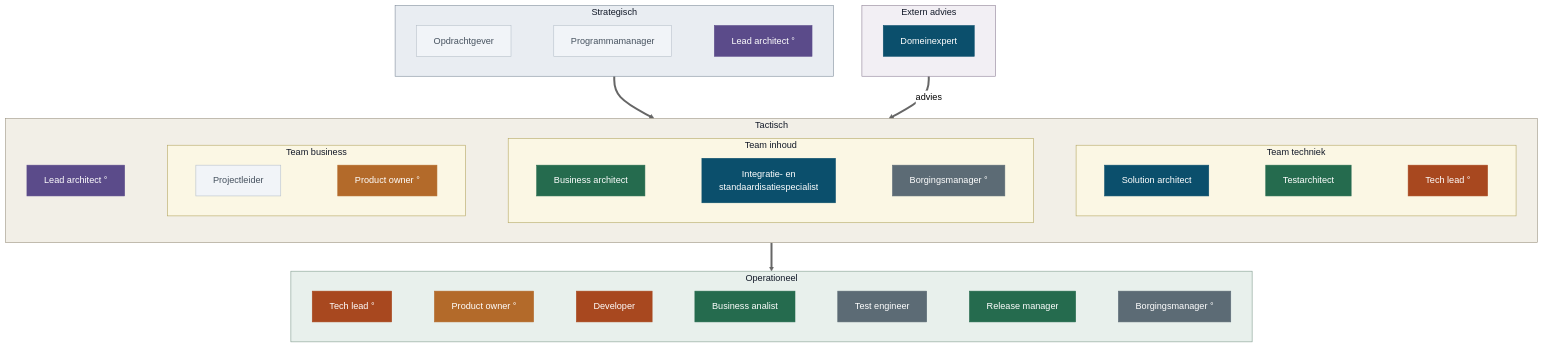
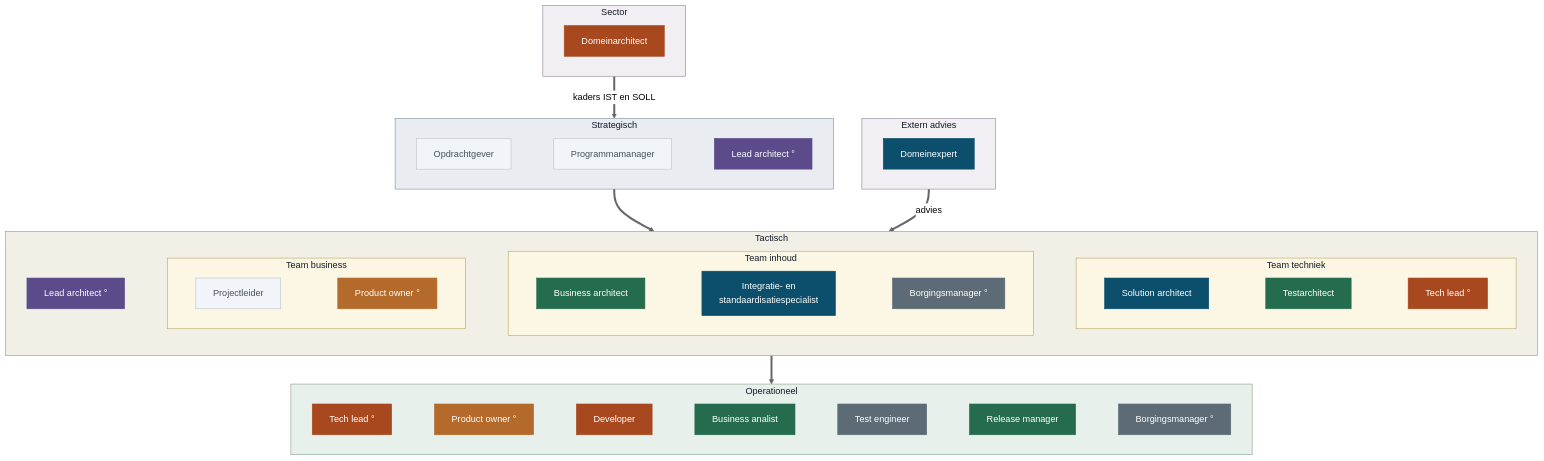
One commit to Npuls-OKx/meta changed the fourth of 4 diagrams in presentaties/src/260903_rollen.md. Above: the diagram before and after it, drawn with Mermaid (neutral theme). The commit also changed other lines of this file, not shown here.

````diff
--- a/presentaties/src/260903_rollen.md
+++ b/presentaties/src/260903_rollen.md
@@ -473,62 +498,69 @@
 ```mermaid
 flowchart TB
   subgraph EX["Extern advies"]
     direction LR
     DE["Domeinexpert"]
+  end
+  subgraph SEC["Sector"]
+    direction LR
+    DA["Domeinarchitect"]
   end
   subgraph S["Strategisch"]
     direction LR
     OG["Opdrachtgever"] ~~~ PM["Programmamanager"] ~~~ LA1["Lead architect °"]
   end
   subgraph T["Tactisch"]
     direction LR
     LA2["Lead architect °"]
     subgraph TB2["Team business"]
       direction LR
       PL["Projectleider"] ~~~ PO1["Product owner °"]
     end
     subgraph TI["Team inhoud"]
       direction LR
       BAR["Business architect"] ~~~ IS["Integratie- en<br/>standaardisatiespecialist"] ~~~ BM1["Borgingsmanager °"]
     end
     subgraph TT["Team techniek"]
       direction LR
       SA["Solution architect"] ~~~ TA["Testarchitect"] ~~~ TL1["Tech lead °"]
     end
     LA2 ~~~ TB2 ~~~ TI ~~~ TT
   end
   subgraph O["Operationeel"]
     direction LR
     TL2["Tech lead °"] ~~~ PO2["Product owner °"] ~~~ DEV["Developer"] ~~~ BA["Business analist"] ~~~ TE["Test engineer"] ~~~ RM["Release manager"] ~~~ BM2["Borgingsmanager °"]
   end
   S ==> T
   T ==> O
   EX ==>|advies| T
+  SEC ==>|kaders IST en SOLL| S
   style TB2 fill:#fbf7e4,stroke:#b3a55f,color:#111827
   style TI fill:#fbf7e4,stroke:#b3a55f,color:#111827
   style TT fill:#fbf7e4,stroke:#b3a55f,color:#111827
   style EX fill:#f2eff4,stroke:#8c7e94,color:#111827
+  style SEC fill:#f2eff4,stroke:#8c7e94,color:#111827
   style S fill:#e9edf2,stroke:#7d8a99,color:#111827
   style T fill:#f2efe7,stroke:#9a9280,color:#111827
   style O fill:#e8f0ec,stroke:#7f9a8c,color:#111827
   style LA1 fill:#5B4B8A,stroke:#5B4B8A,color:#fff
   style LA2 fill:#5B4B8A,stroke:#5B4B8A,color:#fff
   style SA fill:#0B4F6C,stroke:#0B4F6C,color:#fff
   style IS fill:#0B4F6C,stroke:#0B4F6C,color:#fff
   style DE fill:#0B4F6C,stroke:#0B4F6C,color:#fff
   style PO1 fill:#B36A2A,stroke:#B36A2A,color:#fff
   style PO2 fill:#B36A2A,stroke:#B36A2A,color:#fff
   style TL1 fill:#A8481F,stroke:#A8481F,color:#fff
   style TL2 fill:#A8481F,stroke:#A8481F,color:#fff
   style DEV fill:#A8481F,stroke:#A8481F,color:#fff
+  style DA fill:#A8481F,stroke:#A8481F,color:#fff
   style BAR fill:#256B4E,stroke:#256B4E,color:#fff
   style BA fill:#256B4E,stroke:#256B4E,color:#fff
   style TA fill:#256B4E,stroke:#256B4E,color:#fff
   style RM fill:#256B4E,stroke:#256B4E,color:#fff
   style TE fill:#5C6B75,stroke:#5C6B75,color:#fff
   style BM1 fill:#5C6B75,stroke:#5C6B75,color:#fff
   style BM2 fill:#5C6B75,stroke:#5C6B75,color:#fff
   style OG fill:#f1f4f8,stroke:#b7c0ca,color:#46525f
   style PM fill:#f1f4f8,stroke:#b7c0ca,color:#46525f
   style PL fill:#f1f4f8,stroke:#b7c0ca,color:#46525f
 ```
````
